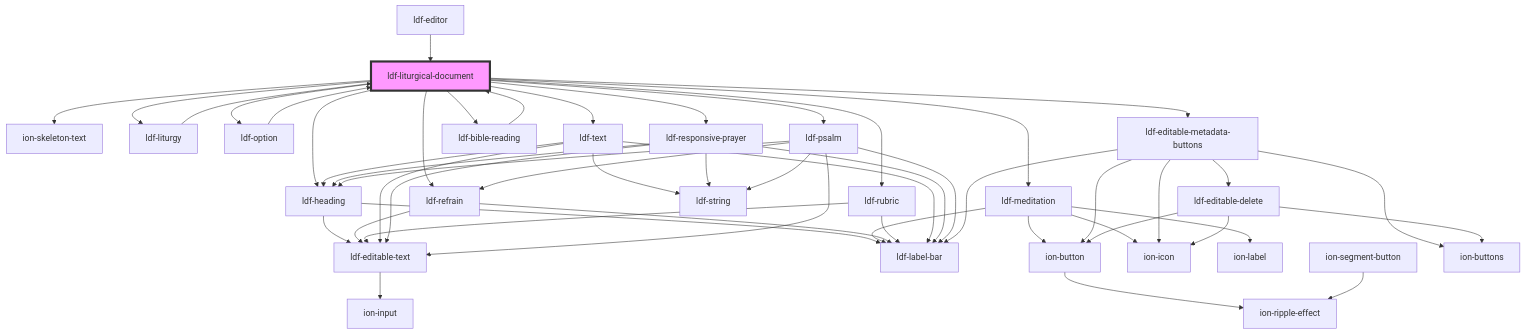
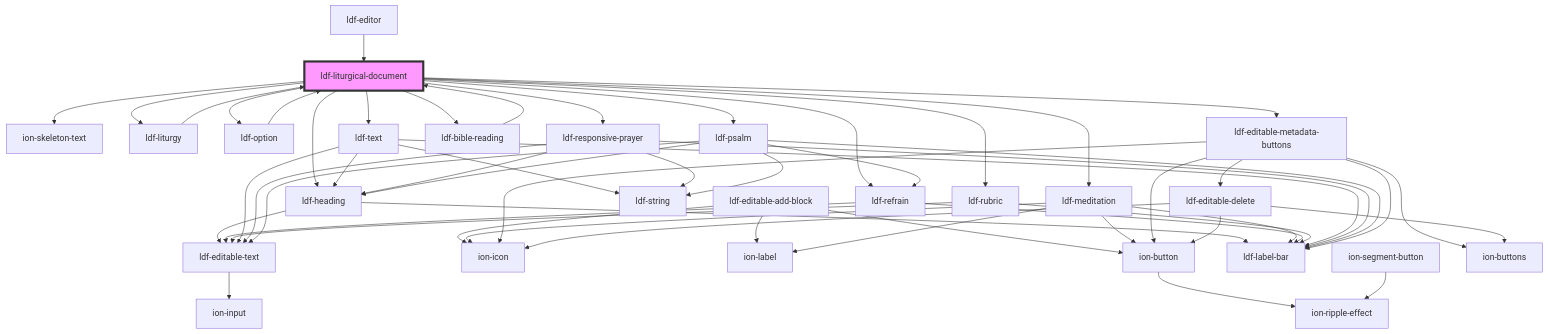
One commit to gbj/venite changed the diagram in components/src/components/liturgical-document/readme.md. Above: the diagram before and after it, drawn with Mermaid. The commit also changed 8 other files, not shown here.

````diff
--- a/components/src/components/liturgical-document/readme.md
+++ b/components/src/components/liturgical-document/readme.md
@@ -53,54 +53,57 @@
 ```mermaid
 graph TD;
   ldf-liturgical-document --> ion-skeleton-text
   ldf-liturgical-document --> ldf-liturgy
   ldf-liturgical-document --> ldf-heading
   ldf-liturgical-document --> ldf-meditation
   ldf-liturgical-document --> ldf-option
   ldf-liturgical-document --> ldf-refrain
   ldf-liturgical-document --> ldf-rubric
   ldf-liturgical-document --> ldf-text
   ldf-liturgical-document --> ldf-responsive-prayer
   ldf-liturgical-document --> ldf-bible-reading
   ldf-liturgical-document --> ldf-psalm
   ldf-liturgical-document --> ldf-editable-metadata-buttons
   ldf-liturgy --> ldf-liturgical-document
+  ldf-editable-add-block --> ion-button
+  ldf-editable-add-block --> ion-icon
+  ldf-editable-add-block --> ion-label
+  ion-button --> ion-ripple-effect
   ldf-heading --> ldf-editable-text
   ldf-heading --> ldf-label-bar
   ldf-editable-text --> ion-input
   ldf-meditation --> ion-button
   ldf-meditation --> ion-icon
   ldf-meditation --> ion-label
   ldf-meditation --> ldf-label-bar
-  ion-button --> ion-ripple-effect
   ldf-option --> ldf-liturgical-document
   ion-segment-button --> ion-ripple-effect
   ldf-refrain --> ldf-label-bar
   ldf-refrain --> ldf-editable-text
   ldf-rubric --> ldf-label-bar
   ldf-rubric --> ldf-editable-text
   ldf-text --> ldf-label-bar
   ldf-text --> ldf-heading
   ldf-text --> ldf-editable-text
   ldf-text --> ldf-string
   ldf-responsive-prayer --> ldf-editable-text
   ldf-responsive-prayer --> ldf-string
   ldf-responsive-prayer --> ldf-label-bar
   ldf-responsive-prayer --> ldf-heading
   ldf-bible-reading --> ldf-liturgical-document
   ldf-psalm --> ldf-refrain
   ldf-psalm --> ldf-heading
   ldf-psalm --> ldf-label-bar
   ldf-psalm --> ldf-editable-text
   ldf-psalm --> ldf-string
   ldf-editable-metadata-buttons --> ldf-label-bar
   ldf-editable-metadata-buttons --> ion-buttons
   ldf-editable-metadata-buttons --> ion-button
   ldf-editable-metadata-buttons --> ion-icon
   ldf-editable-metadata-buttons --> ldf-editable-delete
   ldf-editable-delete --> ion-buttons
   ldf-editable-delete --> ion-button
   ldf-editable-delete --> ion-icon
   ldf-editor --> ldf-liturgical-document
   style ldf-liturgical-document fill:#f9f,stroke:#333,stroke-width:4px
 ```
````
